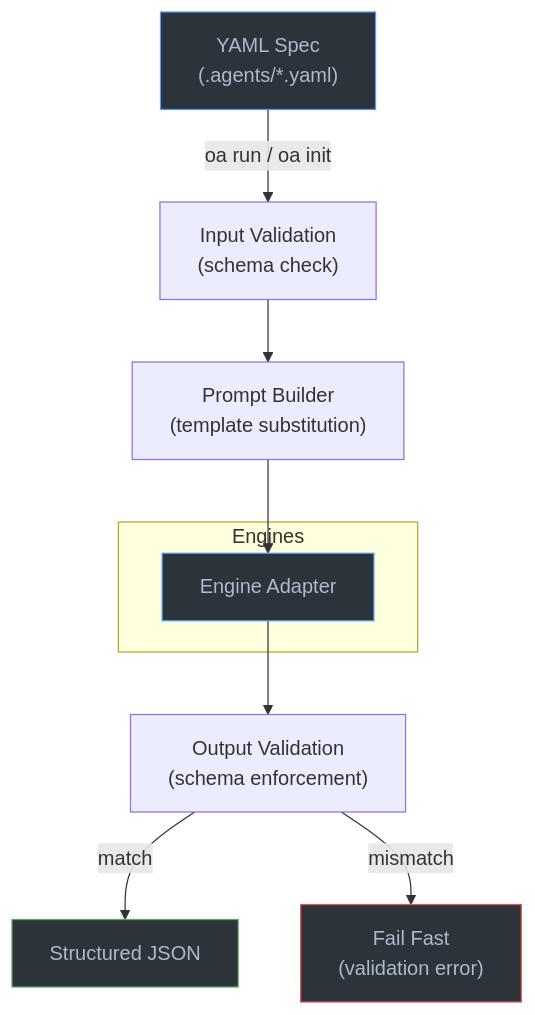
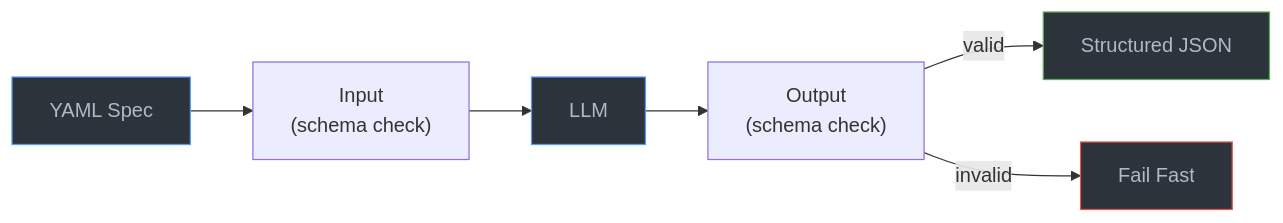
The diagram in README.md (prime-vector/open-agent-spec), drawn with Mermaid before and after one commit. The commit also changed other lines of this file, not shown here.

Commit message:
chore: simplify architecture diagram for HN readability

````diff
--- a/README.md
+++ b/README.md
@@ -13,18 +13,13 @@
 ```mermaid
-flowchart TD
-    A["YAML Spec\n(.agents/*.yaml)"] -->|"oa run / oa init"| B["Input Validation\n(schema check)"]
-    B --> C["Prompt Builder\n(template substitution)"]
-    C --> D["Engine Adapter"]
-    D --> E["Output Validation\n(schema enforcement)"]
-    E -->|"match"| F["Structured JSON"]
-    E -->|"mismatch"| G["Fail Fast\n(validation error)"]
-
-    subgraph Engines
-        D
-    end
+flowchart LR
+    A["YAML Spec"] --> B["Input\n(schema check)"]
+    B --> C["LLM"]
+    C --> D["Output\n(schema check)"]
+    D -->|"valid"| E["Structured JSON"]
+    D -->|"invalid"| F["Fail Fast"]
 
     style A fill:#2d333b,stroke:#539bf5,color:#adbac7
-    style F fill:#2d333b,stroke:#57ab5a,color:#adbac7
-    style G fill:#2d333b,stroke:#e5534b,color:#adbac7
-    style D fill:#2d333b,stroke:#539bf5,color:#adbac7
+    style E fill:#2d333b,stroke:#57ab5a,color:#adbac7
+    style F fill:#2d333b,stroke:#e5534b,color:#adbac7
+    style C fill:#2d333b,stroke:#539bf5,color:#adbac7
 ```
````
